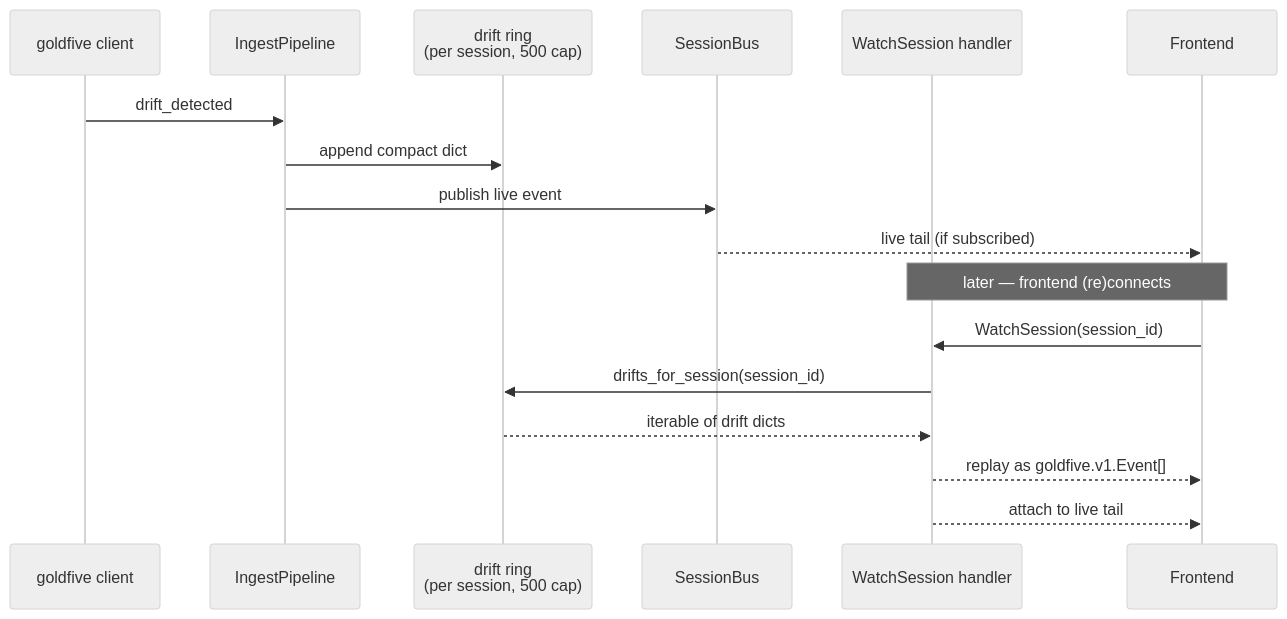
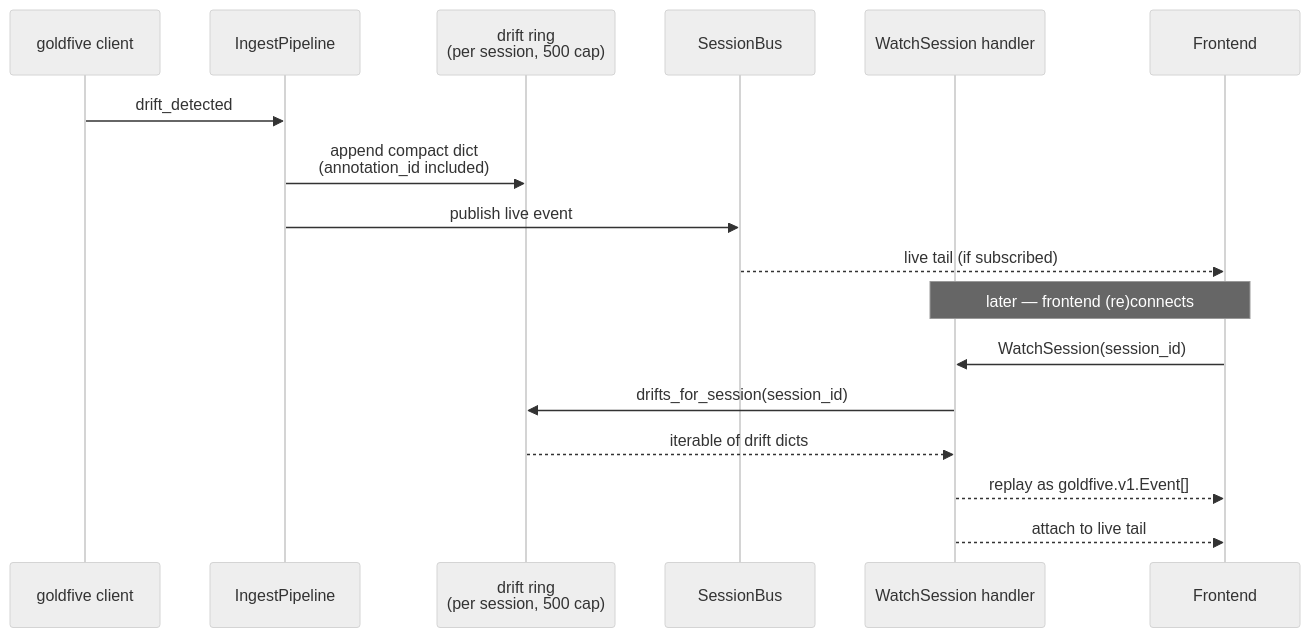
Before and after one commit to pedapudi/harmonograf: the third of 3 diagrams in docs/design/11-server-architecture.md, drawn with Mermaid (neutral theme). The commit also changed other lines of this file and 22 other files, not shown here.

First line of the commit message:
docs(design,protocol,adr,internals): refresh for current architecture

````diff
--- a/docs/design/11-server-architecture.md
+++ b/docs/design/11-server-architecture.md
@@ -127,21 +233,21 @@
 ```mermaid
 sequenceDiagram
     participant Client as goldfive client
     participant Ingest as IngestPipeline
     participant Ring as drift ring<br/>(per session, 500 cap)
     participant Bus as SessionBus
     participant Watch as WatchSession handler
     participant Fe as Frontend
 
     Client->>Ingest: drift_detected
-    Ingest->>Ring: append compact dict
+    Ingest->>Ring: append compact dict<br/>(annotation_id included)
     Ingest->>Bus: publish live event
     Bus-->>Fe: live tail (if subscribed)
 
     Note over Fe,Watch: later — frontend (re)connects
     Fe->>Watch: WatchSession(session_id)
     Watch->>Ring: drifts_for_session(session_id)
     Ring-->>Watch: iterable of drift dicts
     Watch-->>Fe: replay as goldfive.v1.Event[]
     Watch-->>Fe: attach to live tail
 ```
````
